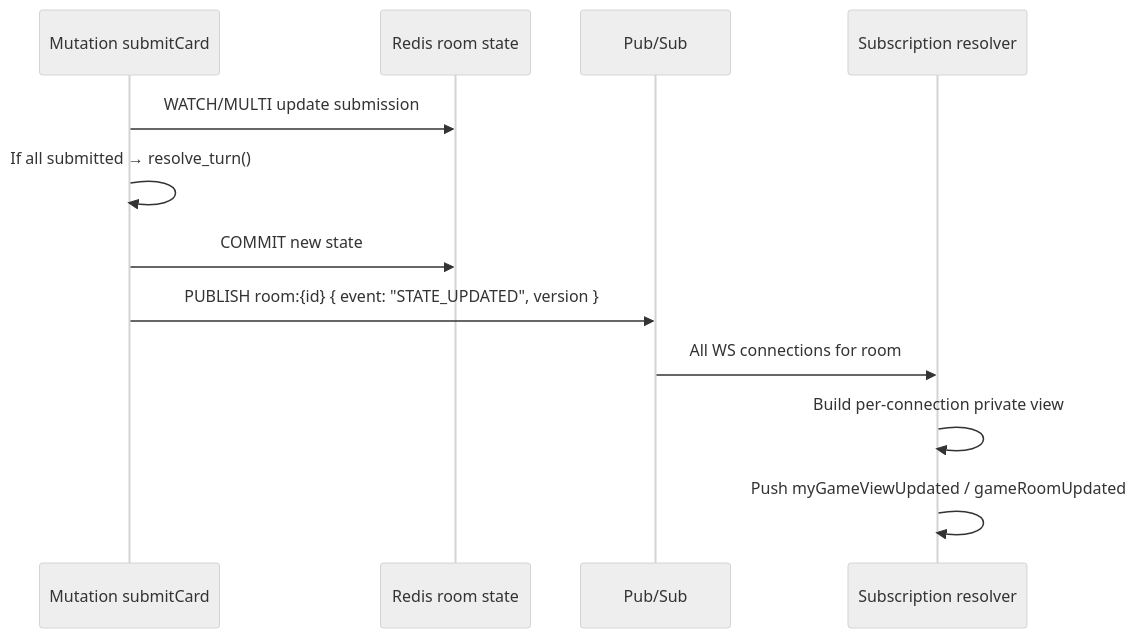
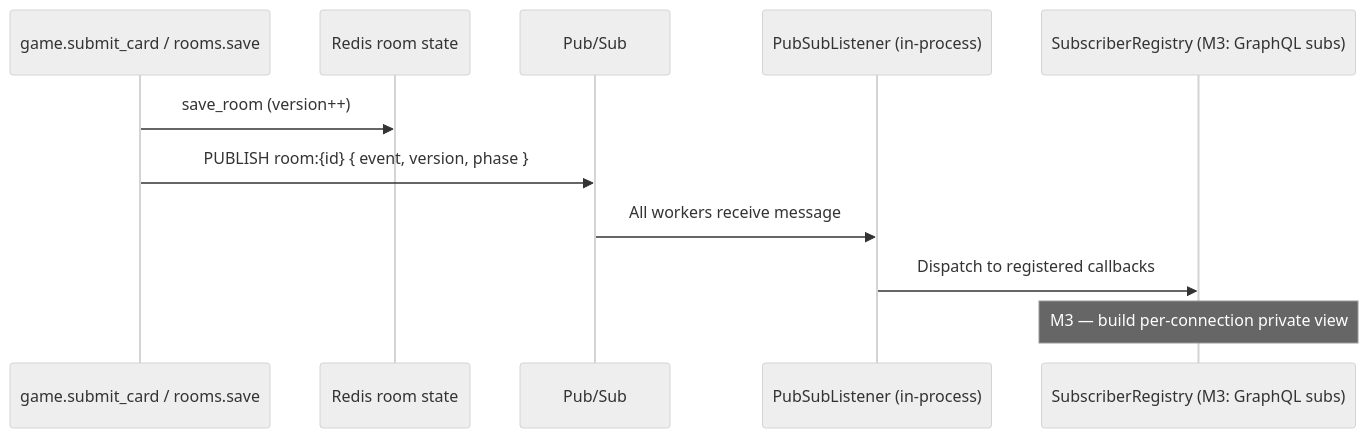
One commit to tiago4vita/6-nimmt changed the first of 2 diagrams in .cursor/state-management.md. Above: the diagram before and after it, drawn with Mermaid (neutral theme). The commit also changed other lines of this file and 10 other files, not shown here.

````diff
--- a/.cursor/state-management.md
+++ b/.cursor/state-management.md
@@ -70,15 +78,14 @@
 ```mermaid
 sequenceDiagram
-    participant M as Mutation submitCard
+    participant M as game.submit_card / rooms.save
     participant R as Redis room state
     participant P as Pub/Sub
-    participant S as Subscription resolver
+    participant L as PubSubListener (in-process)
+    participant S as SubscriberRegistry (M3: GraphQL subs)
 
-    M->>R: WATCH/MULTI update submission
-    M->>M: If all submitted → resolve_turn()
-    M->>R: COMMIT new state
-    M->>P: PUBLISH room:{id} { event: "STATE_UPDATED", version }
-    P->>S: All WS connections for room
-    S->>S: Build per-connection private view
-    S->>S: Push myGameViewUpdated / gameRoomUpdated
+    M->>R: save_room (version++)
+    M->>P: PUBLISH room:{id} { event, version, phase }
+    P->>L: All workers receive message
+    L->>S: Dispatch to registered callbacks
+    Note over S: M3 — build per-connection private view
 ```
````
